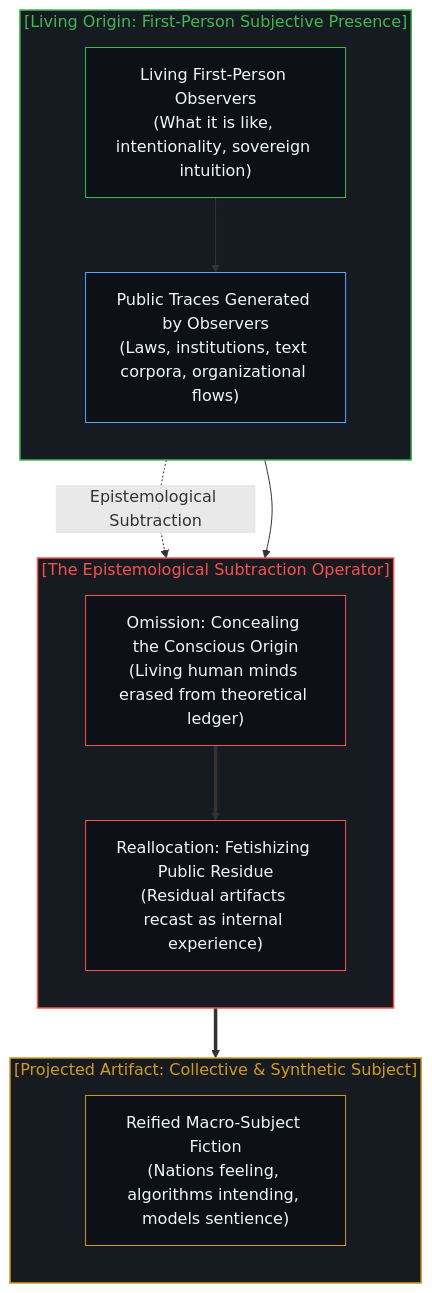
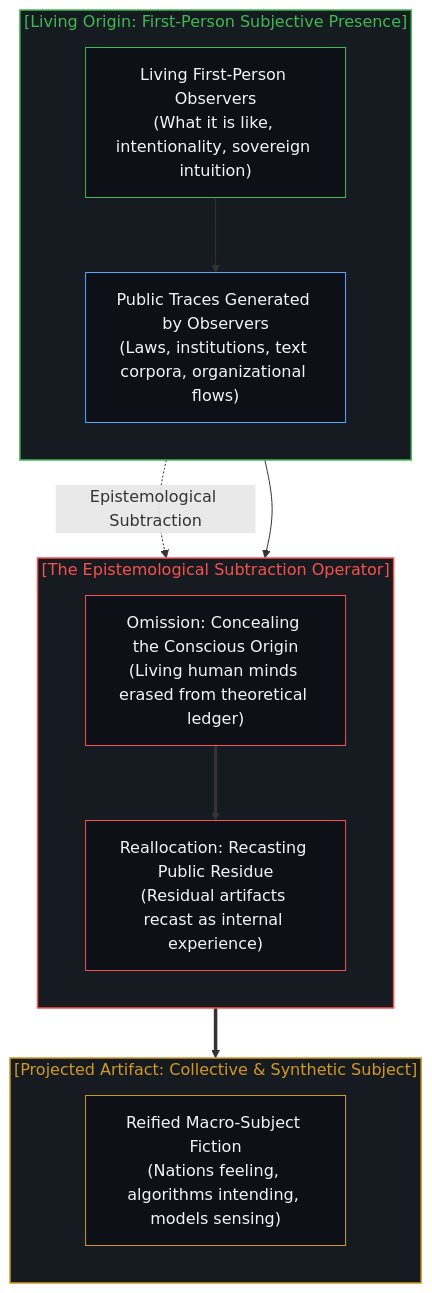
The fourth of 10 diagrams in content/posts/subtracting-consciousness-at-the-source.md (powerpig99/not-a-toe), drawn with Mermaid before and after one commit. The commit also changed other lines of this file and 2 other files, not shown here.

````diff
--- a/content/posts/subtracting-consciousness-at-the-source.md
+++ b/content/posts/subtracting-consciousness-at-the-source.md
@@ -106,32 +106,32 @@
 ```mermaid
 graph TD
     subgraph S_LivingSource_EN["[Living Origin: First-Person Subjective Presence]"]
         direction TB
         LSE1["Living First-Person Observers<br/>(What it is like, intentionality, sovereign intuition)"] --> LSE2["Public Traces Generated by Observers<br/>(Laws, institutions, text corpora, organizational flows)"]
     end
 
     subgraph S_Subtraction_EN["[The Epistemological Subtraction Operator]"]
         direction TB
         SUBE1["Omission: Concealing the Conscious Origin<br/>(Living human minds erased from theoretical ledger)"]
-        SUBE2["Reallocation: Fetishizing Public Residue<br/>(Residual artifacts recast as internal experience)"]
+        SUBE2["Reallocation: Recasting Public Residue<br/>(Residual artifacts recast as internal experience)"]
         SUBE1 ==> SUBE2
     end
 
     subgraph S_SpuriousMind_EN["[Projected Artifact: Collective & Synthetic Subject]"]
         direction TB
-        SME1["Reified Macro-Subject Fiction<br/>(Nations feeling, algorithms intending, models sentience)"]
+        SME1["Reified Macro-Subject Fiction<br/>(Nations feeling, algorithms intending, models sensing)"]
     end
 
     LSE1 -.->|"Epistemological Subtraction"| SUBE1
     LSE2 --> SUBE2
     SUBE2 ==> SME1
 
     style S_LivingSource_EN fill:#161b22,stroke:#3fb950,stroke-width:1.5px,color:#3fb950
     style S_Subtraction_EN fill:#161b22,stroke:#f85149,stroke-width:1.5px,color:#f85149
     style S_SpuriousMind_EN fill:#161b22,stroke:#d29922,stroke-width:1.5px,color:#d29922
     style LSE1 fill:#0d1117,stroke:#3fb950,stroke-width:1px,color:#f0f6fc
     style LSE2 fill:#0d1117,stroke:#58a6ff,stroke-width:1px,color:#f0f6fc
     style SUBE1 fill:#0d1117,stroke:#f85149,stroke-width:1px,color:#f0f6fc
     style SUBE2 fill:#0d1117,stroke:#f85149,stroke-width:1px,color:#f0f6fc
     style SME1 fill:#0d1117,stroke:#d29922,stroke-width:1px,color:#f0f6fc
 ```
````
